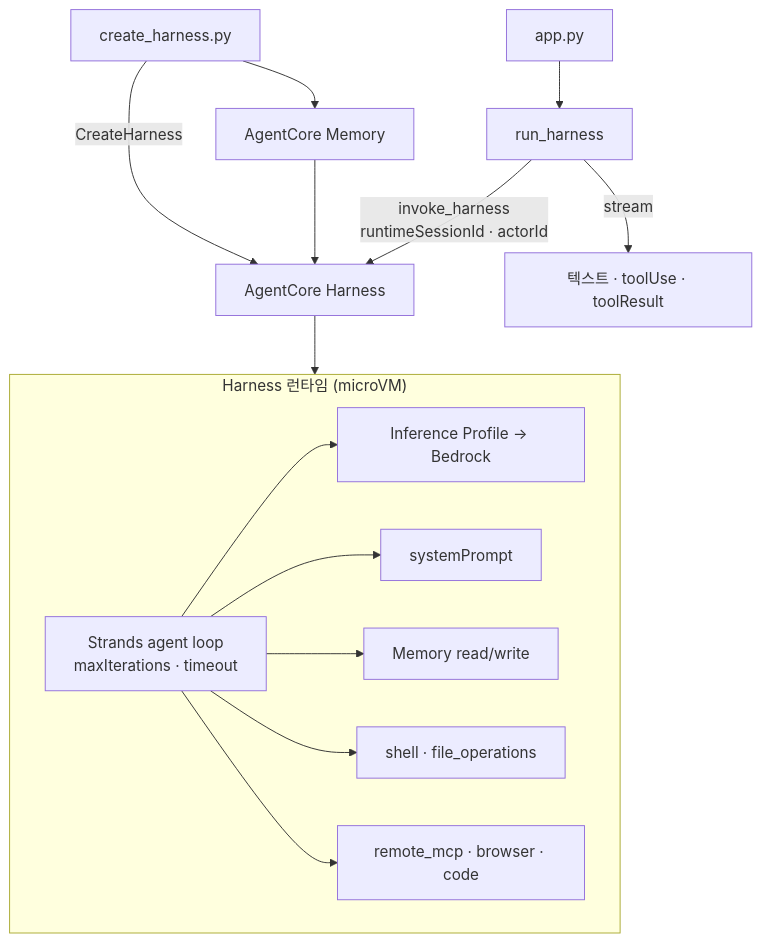
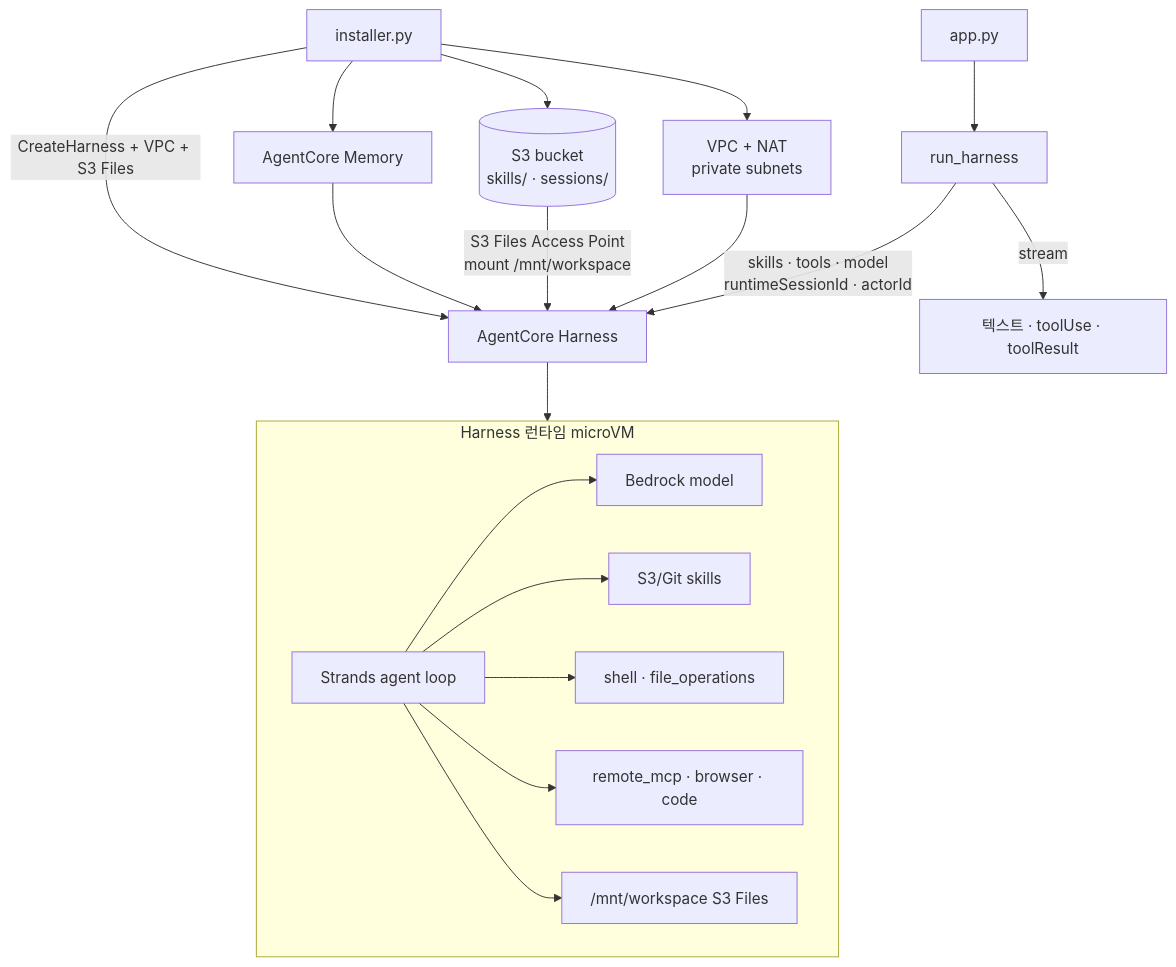
Before and after one commit to kyopark2014/agentcore-harness: the diagram in README.md, drawn with Mermaid. The commit also changed other lines of this file, not shown here.

First line of the commit message:
Document installer, S3 Files VPC mount, and Skill/MCP invoke flow.

````diff
--- a/README.md
+++ b/README.md
@@ -21,26 +24,30 @@
 ```mermaid
 flowchart TB
-  CH[create_harness.py] -->|CreateHarness| H[AgentCore Harness]
-  CH --> Mem[AgentCore Memory]
+  INST[installer.py] -->|CreateHarness + VPC + S3 Files| H[AgentCore Harness]
+  INST --> Mem[AgentCore Memory]
+  INST --> S3[(S3 bucket<br/>skills/ · sessions/)]
+  INST --> VPC[VPC + NAT<br/>private subnets]
   Mem --> H
+  S3 -->|S3 Files Access Point<br/>mount /mnt/workspace| H
+  VPC --> H
 
   App[app.py] --> RH[run_harness]
-  RH -->|invoke_harness<br/>runtimeSessionId · actorId| H
+  RH -->|skills · tools · model<br/>runtimeSessionId · actorId| H
 
-  subgraph Harness["Harness 런타임 (microVM)"]
-    Loop[Strands agent loop<br/>maxIterations · timeout]
-    Model[Inference Profile → Bedrock]
-    SP[systemPrompt]
-    MemUse[Memory read/write]
+  subgraph Harness["Harness 런타임 microVM"]
+    Loop[Strands agent loop]
+    Model[Bedrock model]
+    Skills[S3/Git skills]
     BuiltIn[shell · file_operations]
     Remote[remote_mcp · browser · code]
+    FS["/mnt/workspace S3 Files"]
     Loop --> Model
-    Loop --> SP
-    Loop --> MemUse
+    Loop --> Skills
     Loop --> BuiltIn
     Loop --> Remote
+    Loop --> FS
   end
 
   H --> Harness
   RH -->|stream| UI[텍스트 · toolUse · toolResult]
 ```
````
